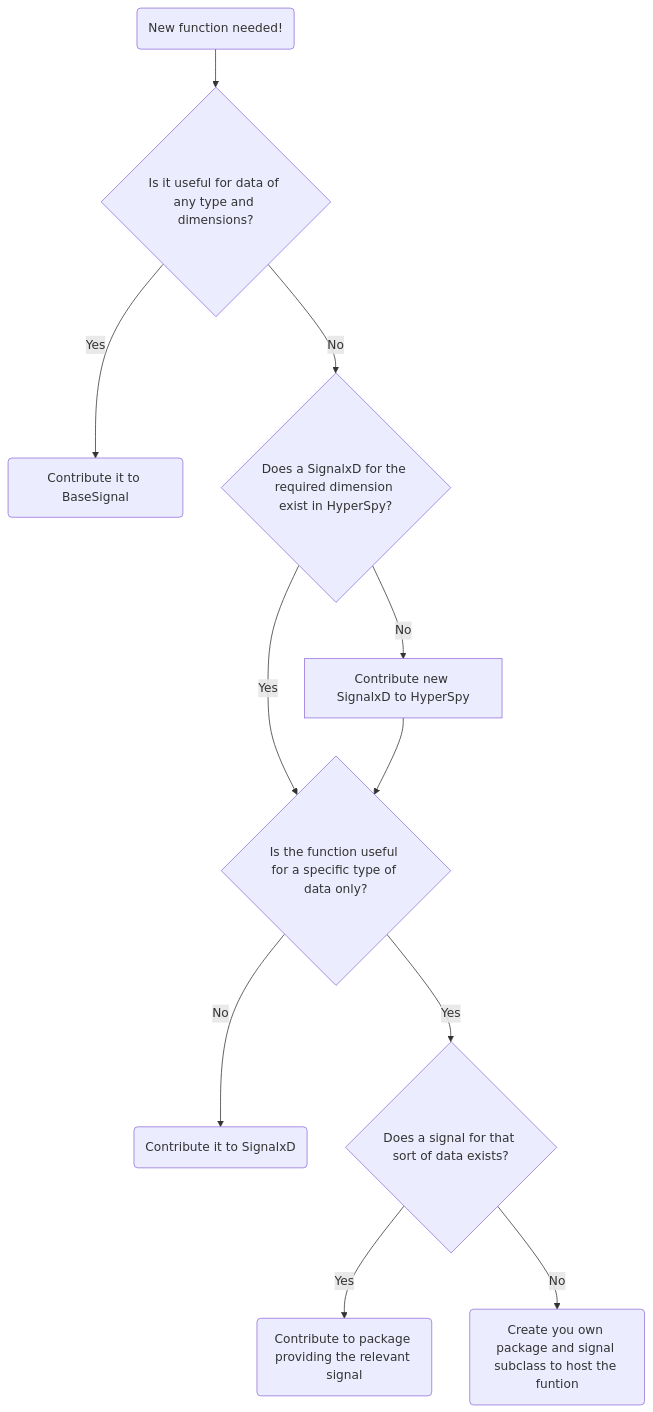
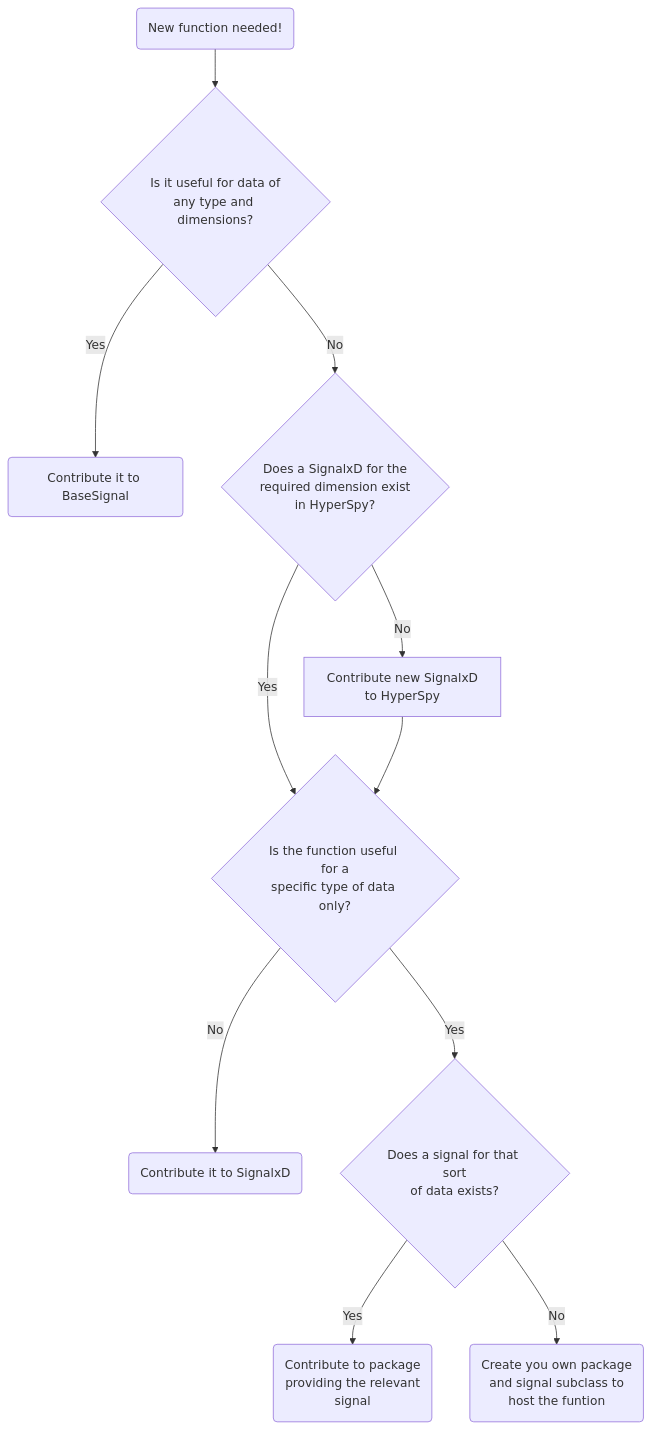
One commit to hyperspy/hyperspy changed the first of 2 diagrams in doc/dev_guide/writing_extensions.rst. Above: the diagram before and after it, drawn with Mermaid. The commit also changed other lines of this file and 1 other file, not shown here.

Commit message:
Use sphinx-mermaid to render mermaid diagram in the developer guide

```diff
--- a/doc/dev_guide/writing_extensions.rst
+++ b/doc/dev_guide/writing_extensions.rst
@@ -92,24 +89,24 @@
-    .. mermaid::
+.. mermaid::
 
-       graph TD
+    graph TD
 
-         A(New function needed!)
-         B{Is it useful for data of any type and dimensions?}
-         C(Contribute it to BaseSignal)
-         D{Does a SignalxD for the required dimension exist in HyperSpy?}
-         E[Contribute new SignalxD to HyperSpy]
-         F{Is the function useful for a specific type of data only?}
-         G(Contribute it to SignalxD)
-         H{Does a signal for that sort of data exists?}
-         I(Contribute to package providing the relevant signal)
-         J(Create you own package and signal subclass to host the funtion)
-         A-->B
-         B-- Yes -->C
-         B-- No  -->D
-         D-- Yes -->F
-         D-- No  -->E
-         E-->F
-         F-- Yes -->H
-         F-- No  -->G
-         H-- Yes -->I
-         H-- No -->J
+      A(New function needed!)
+      B{Is it useful for data of<br/>any type and dimensions?}
+      C(Contribute it to BaseSignal)
+      D{Does a SignalxD for the<br/>required dimension exist<br/>in HyperSpy?}
+      E[Contribute new SignalxD<br/>to HyperSpy]
+      F{Is the function useful for a<br/>specific type of data only?}
+      G(Contribute it to SignalxD)
+      H{Does a signal for that sort<br/>of data exists?}
+      I(Contribute to package<br/>providing the relevant<br/>signal)
+      J(Create you own package<br/>and signal subclass to<br/>host the funtion)
+      A-->B
+      B-- Yes -->C
+      B-- No  -->D
+      D-- Yes -->F
+      D-- No  -->E
+      E-->F
+      F-- Yes -->H
+      F-- No  -->G
+      H-- Yes -->I
+      H-- No -->J
```
